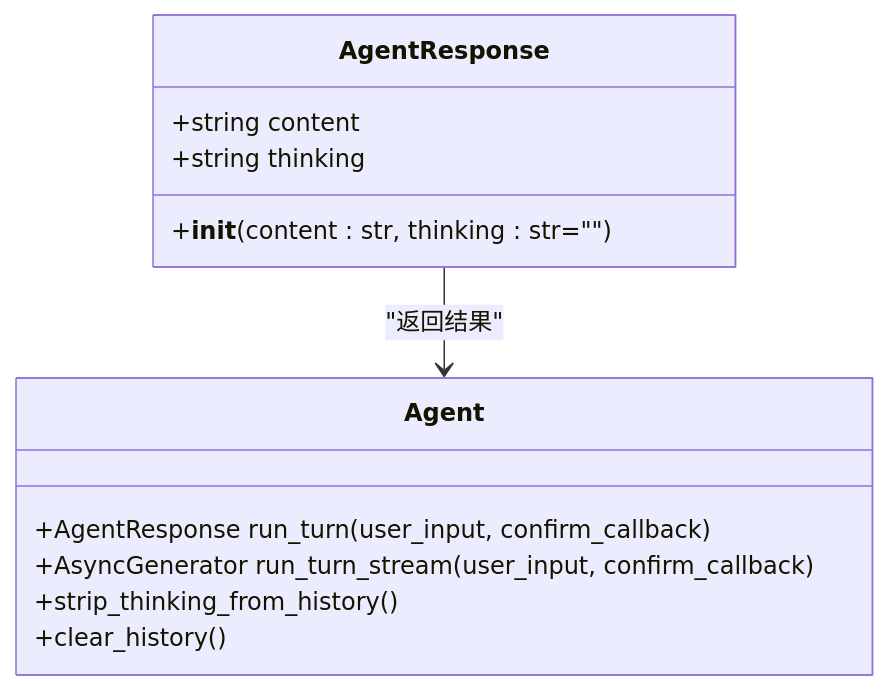
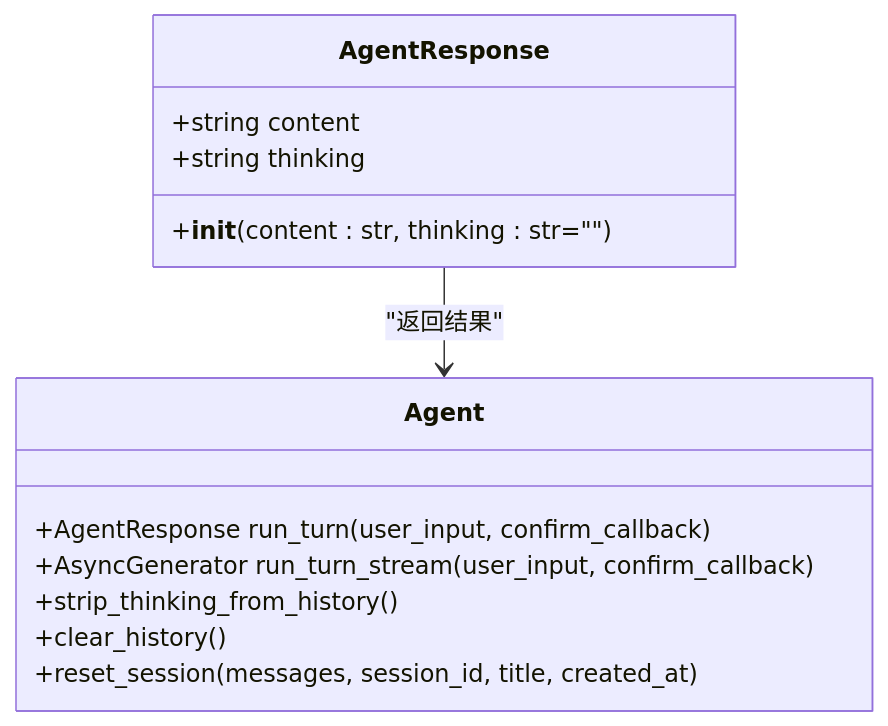
The fourth of 11 diagrams in .qoder/repowiki/zh/content/核心模块详解/Agent 对话循环.md (250shiwo/MySmallAgent), drawn with Mermaid before and after one commit. The commit also changed other lines of this file and 34 other files, not shown here.

````diff
--- a/.qoder/repowiki/zh/content/核心模块详解/Agent 对话循环.md
+++ b/.qoder/repowiki/zh/content/核心模块详解/Agent 对话循环.md
@@ -265,15 +304,16 @@
 ```mermaid
 classDiagram
 class AgentResponse {
 +string content
 +string thinking
 +__init__(content : str, thinking : str="")
 }
 class Agent {
 +AgentResponse run_turn(user_input, confirm_callback)
 +AsyncGenerator run_turn_stream(user_input, confirm_callback)
 +strip_thinking_from_history()
 +clear_history()
++reset_session(messages, session_id, title, created_at)
 }
 AgentResponse --> Agent : "返回结果"
 ```
````
